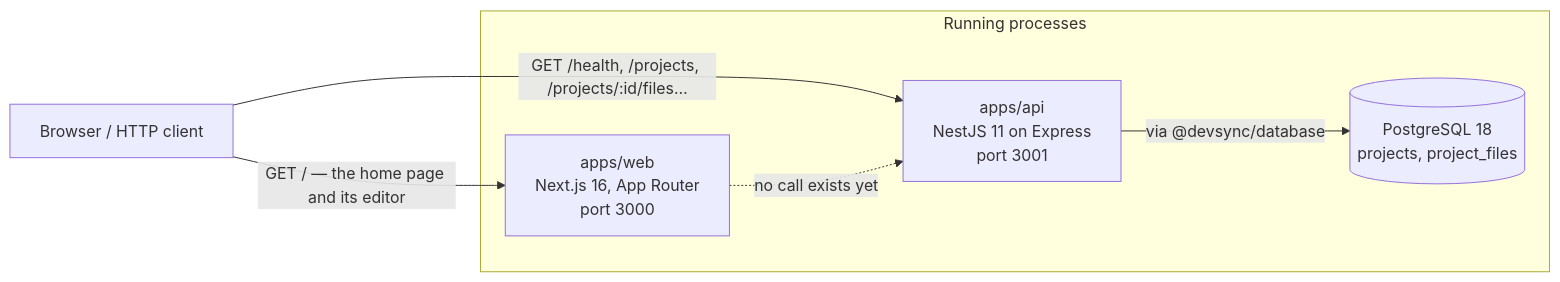
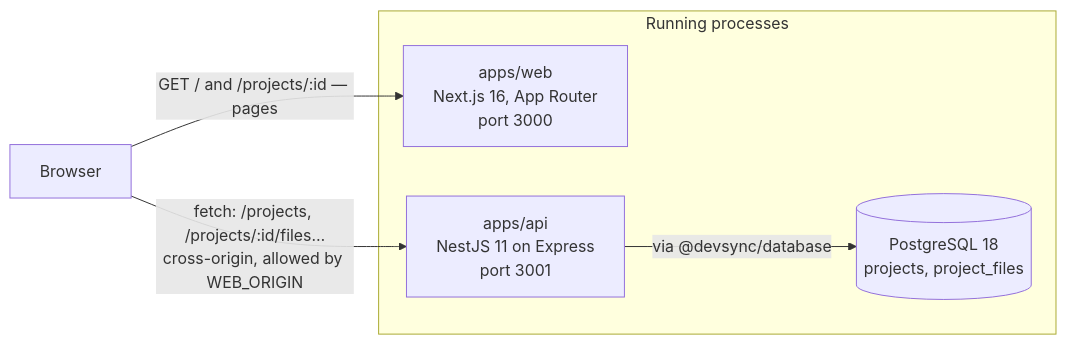
Before and after one commit to Youssef-Boussabah/DevSync: the first of 2 diagrams in docs/architecture.md, drawn with Mermaid. The commit also changed other lines of this file and 70 other files, not shown here.

````diff
--- a/docs/architecture.md
+++ b/docs/architecture.md
@@ -31,15 +31,14 @@
 ```mermaid
 flowchart LR
-    client["Browser / HTTP client"]
+    browser["Browser"]
 
     subgraph running["Running processes"]
         web["apps/web<br/>Next.js 16, App Router<br/>port 3000"]
         api["apps/api<br/>NestJS 11 on Express<br/>port 3001"]
         pg[("PostgreSQL 18<br/>projects, project_files")]
     end
 
-    client -->|"GET / — the home page and its editor"| web
-    client -->|"GET /health, /projects, /projects/:id/files…"| api
+    browser -->|"GET / and /projects/:id — pages"| web
+    browser -->|"fetch: /projects, /projects/:id/files…<br/>cross-origin, allowed by WEB_ORIGIN"| api
     api -->|"via @devsync/database"| pg
-    web -.->|"no call exists yet"| api
 ```
````
